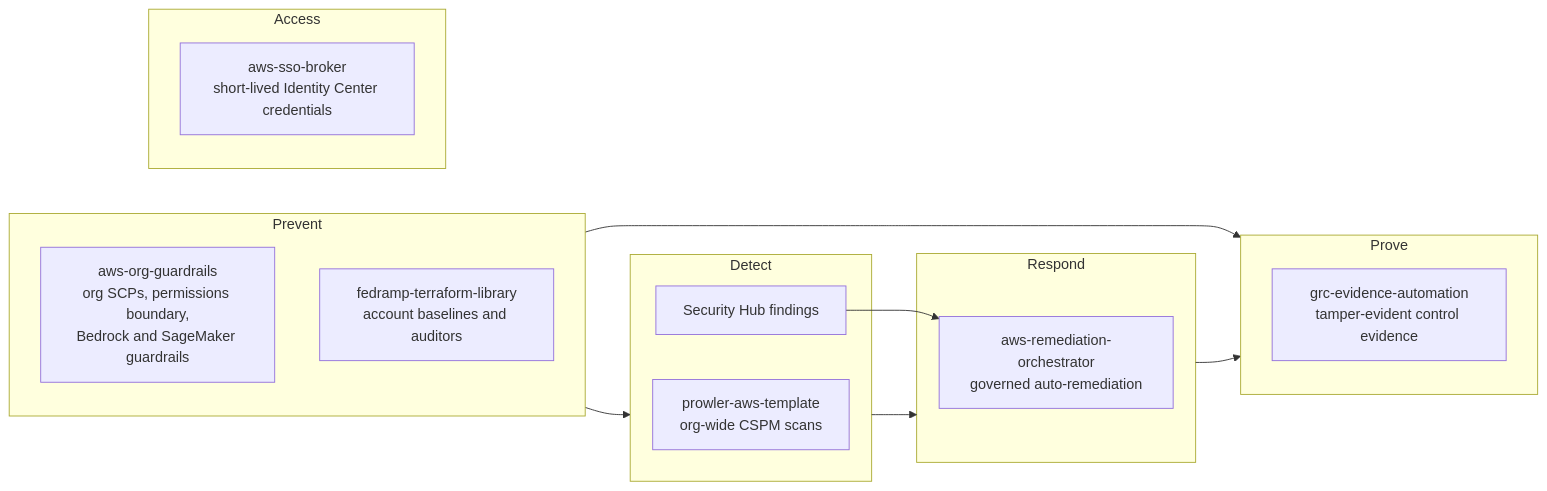
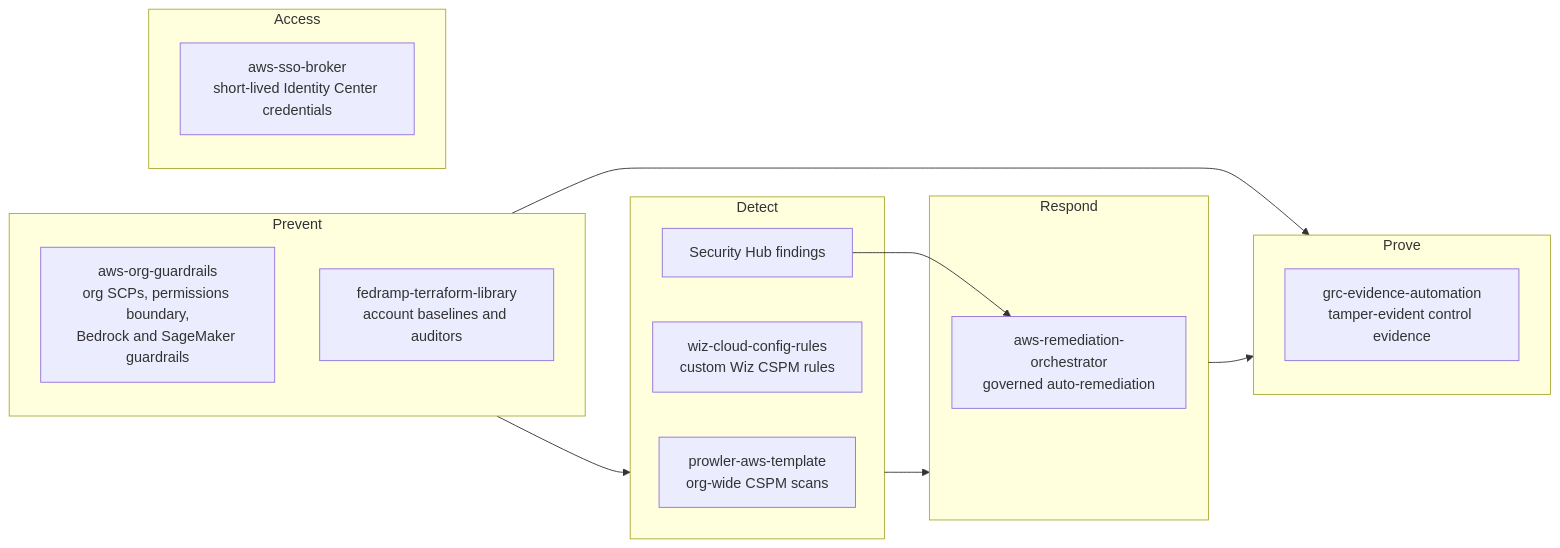
The diagram in README.md (DustyStudy/DustyStudy), drawn with Mermaid before and after one commit. The commit also changed other lines of this file, not shown here.

First line of the commit message:
docs: add wiz-cloud-config-rules (#55)

````diff
--- a/README.md
+++ b/README.md
@@ -19,24 +19,25 @@
 ```mermaid
 flowchart LR
   subgraph prevent["Prevent"]
     org["aws-org-guardrails<br/>org SCPs, permissions boundary,<br/>Bedrock and SageMaker guardrails"]
     lib["fedramp-terraform-library<br/>account baselines and auditors"]
   end
   subgraph access["Access"]
     sso["aws-sso-broker<br/>short-lived Identity Center credentials"]
   end
   subgraph detect["Detect"]
     prowler["prowler-aws-template<br/>org-wide CSPM scans"]
+    wiz["wiz-cloud-config-rules<br/>custom Wiz CSPM rules"]
     sh["Security Hub findings"]
   end
   subgraph respond["Respond"]
     rem["aws-remediation-orchestrator<br/>governed auto-remediation"]
   end
   subgraph prove["Prove"]
     grc["grc-evidence-automation<br/>tamper-evident control evidence"]
   end
   prevent --> detect --> respond
   sh --> rem
   prevent --> prove
   respond --> prove
 ```
````
